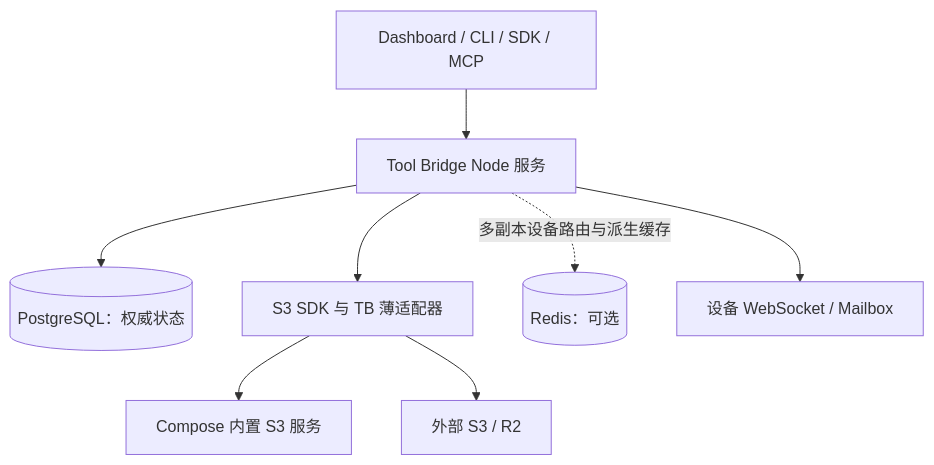
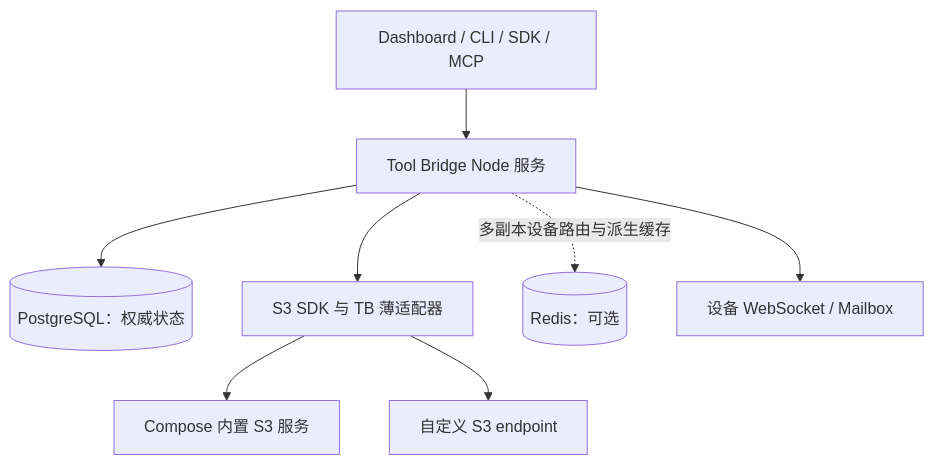
The diagram in docs/self-hosted-architecture-refactor.md (TokenRollAI/tool-bridge), drawn with Mermaid before and after one commit. The commit also changed other lines of this file, not shown here.

````diff
--- a/docs/self-hosted-architecture-refactor.md
+++ b/docs/self-hosted-architecture-refactor.md
@@ -50,10 +50,10 @@
 ```mermaid
 flowchart TB
     U[Dashboard / CLI / SDK / MCP] --> A[Tool Bridge Node 服务]
     A --> P[(PostgreSQL：权威状态)]
     A --> O[S3 SDK 与 TB 薄适配器]
     O --> L[Compose 内置 S3 服务]
-    O --> R[外部 S3 / R2]
+    O --> R[自定义 S3 endpoint]
     A -. 多副本设备路由与派生缓存 .-> C[(Redis：可选)]
     A --> D[设备 WebSocket / Mailbox]
 ```
````
